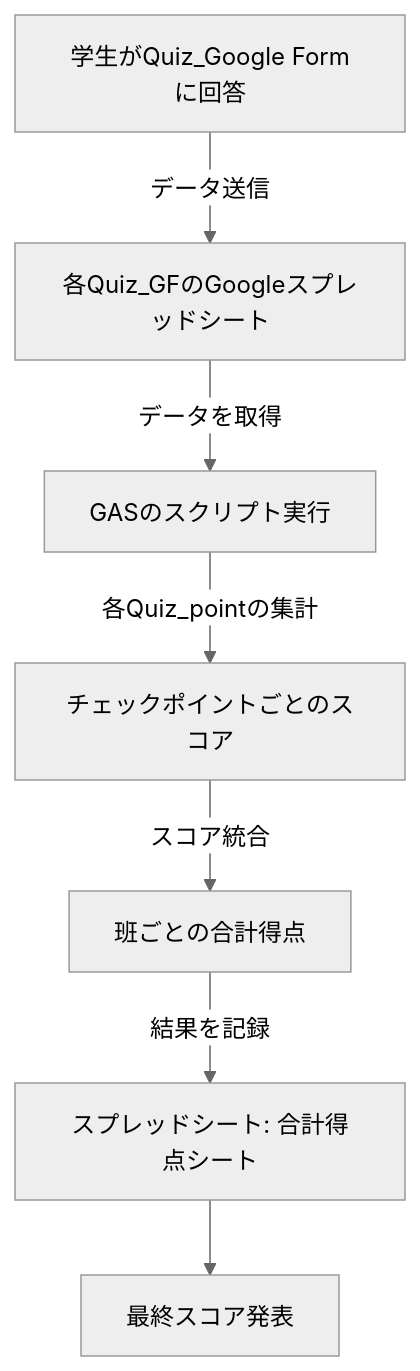
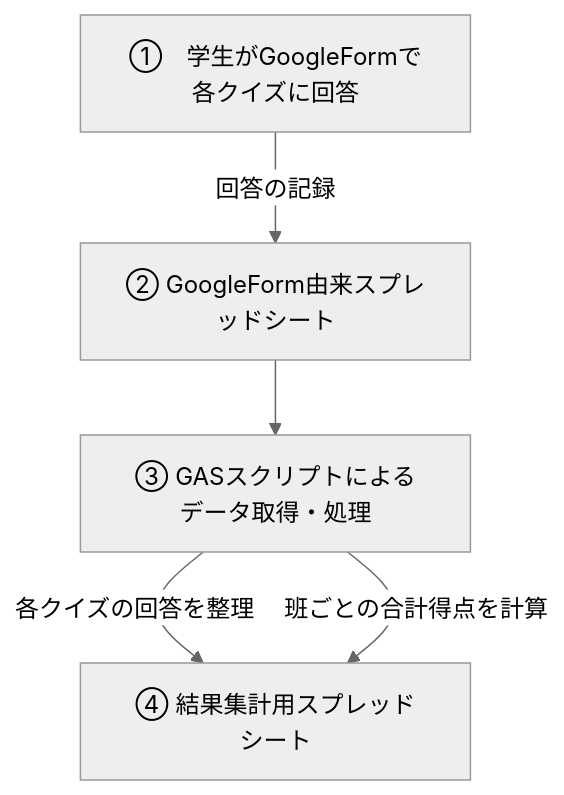
One commit to EYS28/2025FC-gas-checkpoint-scoring changed the diagram in README.md. Above: the diagram before and after it, drawn with Mermaid (neutral theme). The commit also changed other lines of this file, not shown here.

````diff
--- a/README.md
+++ b/README.md
@@ -23,10 +23,7 @@
 ```mermaid
 graph TD;
-
-    A[学生がQuiz_Google Formに回答] -->|データ送信| B[各Quiz_GFのGoogleスプレッドシート]
-    B -->|データを取得| C[GASのスクリプト実行]
-    C -->|各Quiz_pointの集計| D[チェックポイントごとのスコア]
-    D -->|スコア統合| E[班ごとの合計得点]
-    E -->|結果を記録| F[スプレッドシート: 合計得点シート]
-    F --> G[最終スコア発表]
+    A[①　学生がGoogleFormで各クイズに回答] -->|回答の記録| B[② GoogleForm由来スプレッドシート]
+    B -->C[③ GASスクリプトによるデータ取得・処理]
+    C -->|各クイズの回答を整理| D[④ 結果集計用スプレッドシート]
+    C -->|班ごとの合計得点を計算| D[④ 結果集計用スプレッドシート]
 ```
````
